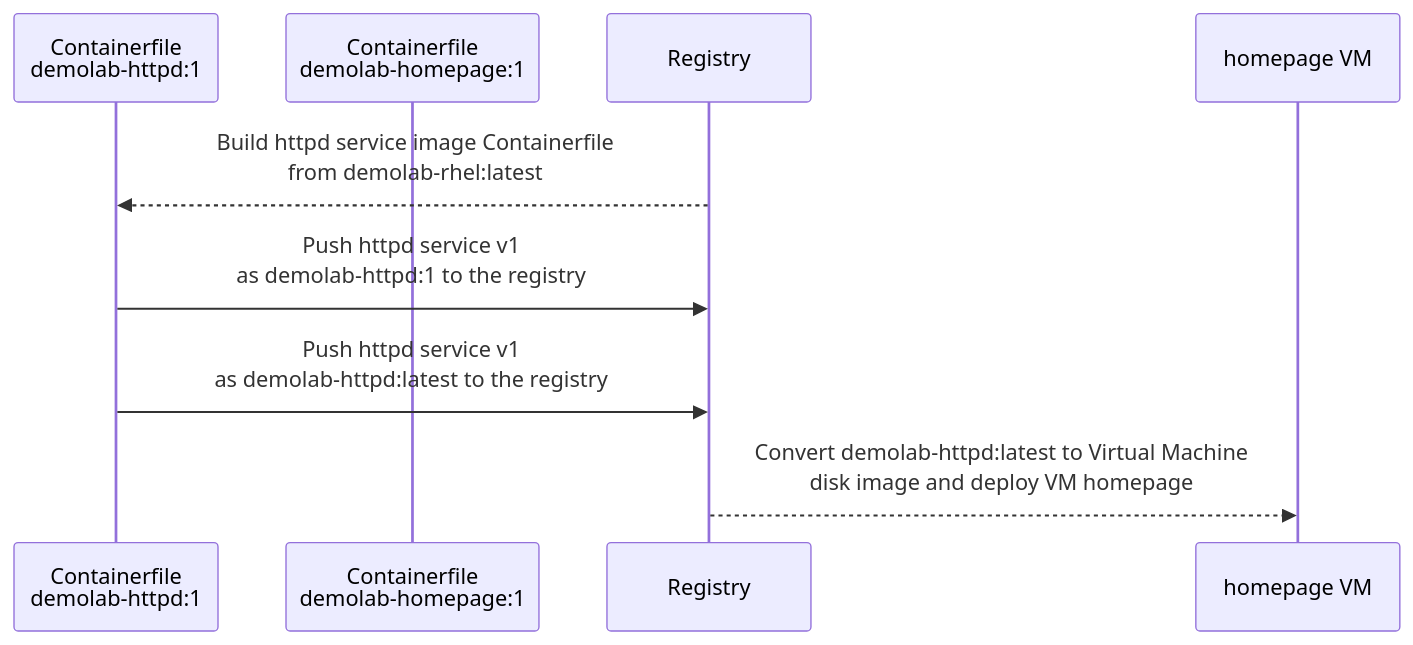
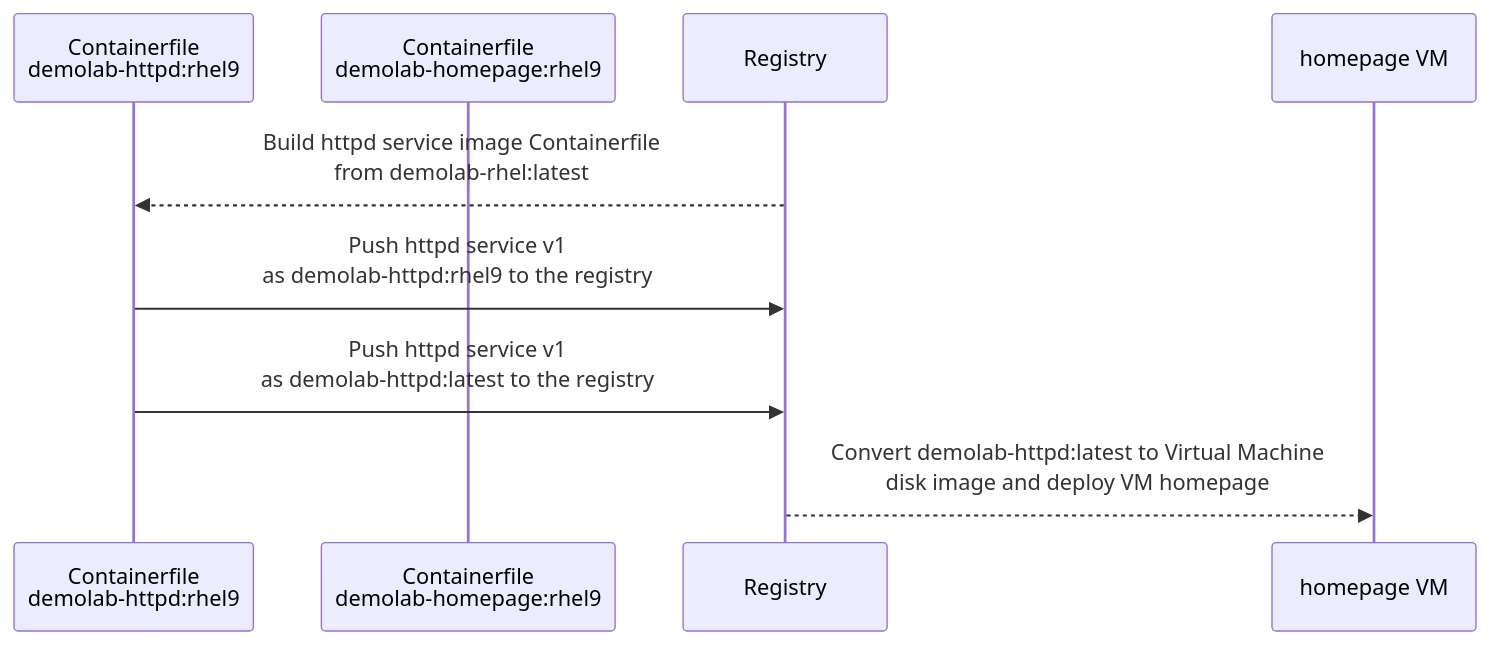
One commit to jvdbreggen/imagemodedemo changed the third of 10 diagrams in README.md. Above: the diagram before and after it, drawn with Mermaid. The commit also changed other lines of this file, not shown here.

````diff
--- a/README.md
+++ b/README.md
@@ -193,14 +193,14 @@
 ```mermaid
 sequenceDiagram
     %% Actors
-    participant containerfile_httpd_1 as Containerfile<br/>demolab-httpd:1
-    participant containerfile_homepage_1 as Containerfile<br/>demolab-homepage:1
+    participant containerfile_httpd_1 as Containerfile<br/>demolab-httpd:rhel9
+    participant containerfile_homepage_1 as Containerfile<br/>demolab-homepage:rhel9
     participant registry as Registry
     participant homepage_vm_1 as homepage VM
 
     %% httpd VM Creation workflow
     registry-->>containerfile_httpd_1: Build httpd service image Containerfile<br/>from demolab-rhel:latest
-    containerfile_httpd_1->>registry: Push httpd service v1<br/>as demolab-httpd:1 to the registry
+    containerfile_httpd_1->>registry: Push httpd service v1<br/>as demolab-httpd:rhel9 to the registry
     containerfile_httpd_1->>registry: Push httpd service v1<br/>as demolab-httpd:latest to the registry
     registry-->>homepage_vm_1: Convert demolab-httpd:latest to Virtual Machine<br/> disk image and deploy VM homepage
 ```
````
